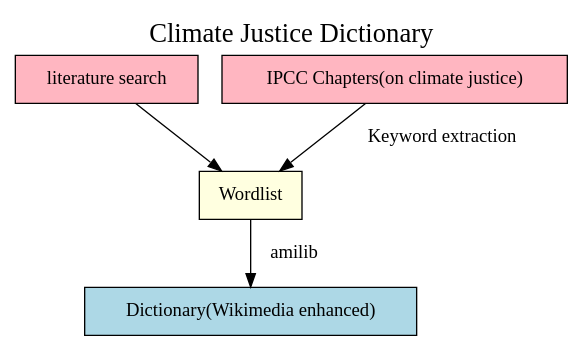
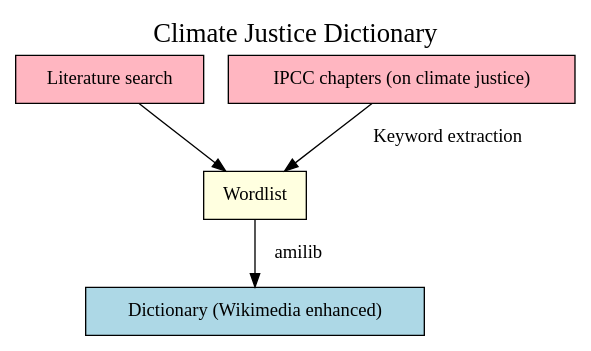
Before and after one commit to semanticClimate/JEP-article: the diagram in graphviz/dictionary.dot, drawn with Graphviz.

Commit message:
Update dictionary.dot
Capitalisation

```diff
--- a/graphviz/dictionary.dot
+++ b/graphviz/dictionary.dot
@@ -1,21 +1,21 @@
 digraph SemanticTools {
     label="Climate Justice Dictionary";
     labelloc="t";  // Positions the label at the top
     fontsize=20;   // Sets the font size of the title
 	
     // Define node styles
     node [shape=box style=filled];
 
     // Nodes with specific labels
-    "literature search" [label="literature search" fillcolor=lightpink];
+    "Literature search" [label="Literature search" fillcolor=lightpink];
 	Wordlist [label="Wordlist" fillcolor=lightyellow];
-	"Dictionary(Wikimedia enhanced)" [label="Dictionary(Wikimedia enhanced)" fillcolor=lightblue];
-	"IPCC Chapters(on climate justice)" [label="IPCC Chapters(on climate justice)" fillcolor=lightpink];
+	"Dictionary (Wikimedia enhanced)" [label="Dictionary (Wikimedia enhanced)" fillcolor=lightblue];
+	"IPCC chapters (on climate justice)" [label="IPCC chapters (on climate justice)" fillcolor=lightpink];
 	
       
     // Define edges
-   "literature search" -> Wordlist [color=black];
-    Wordlist -> "Dictionary(Wikimedia enhanced)" [color=black , label="   amilib"];
-   "IPCC Chapters(on climate justice)" -> Wordlist [color=black , label="   Keyword extraction "]
+   "Literature search" -> Wordlist [color=black];
+    Wordlist -> "Dictionary (Wikimedia enhanced)" [color=black , label="   amilib"];
+   "IPCC chapters (on climate justice)" -> Wordlist [color=black , label="   Keyword extraction "]
 
    }
```
